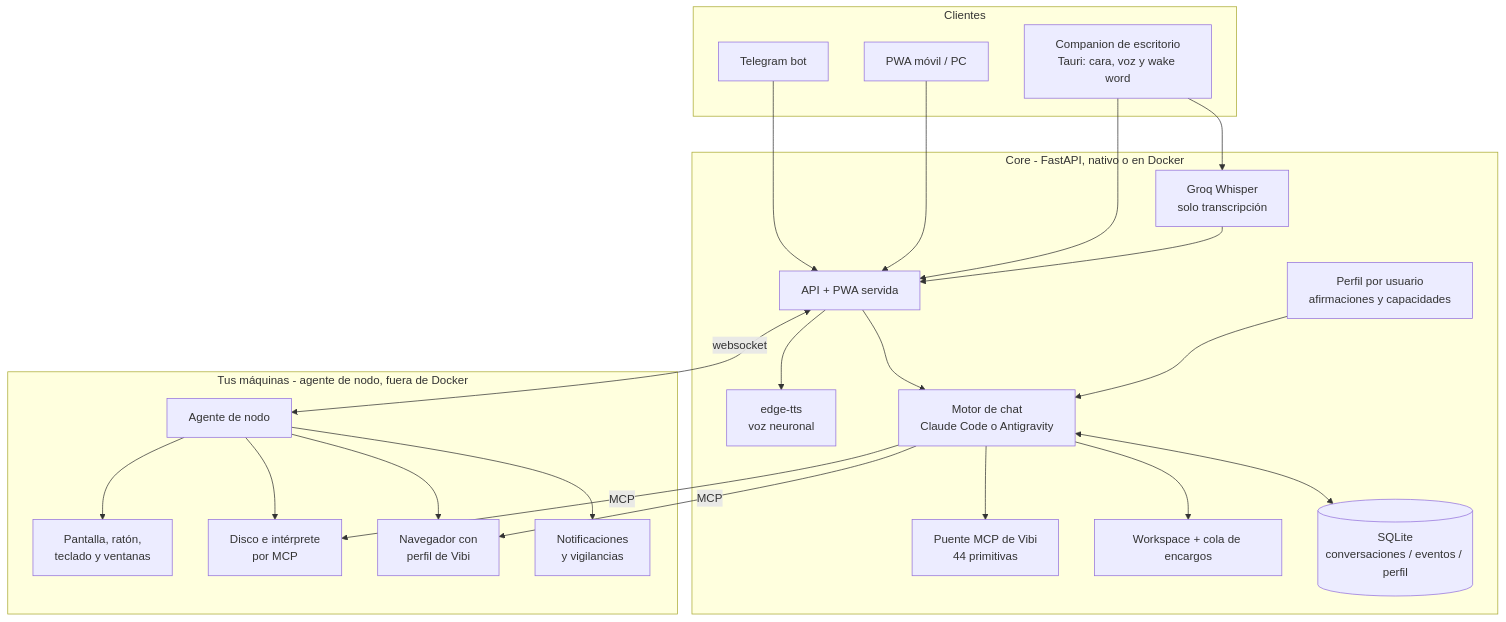
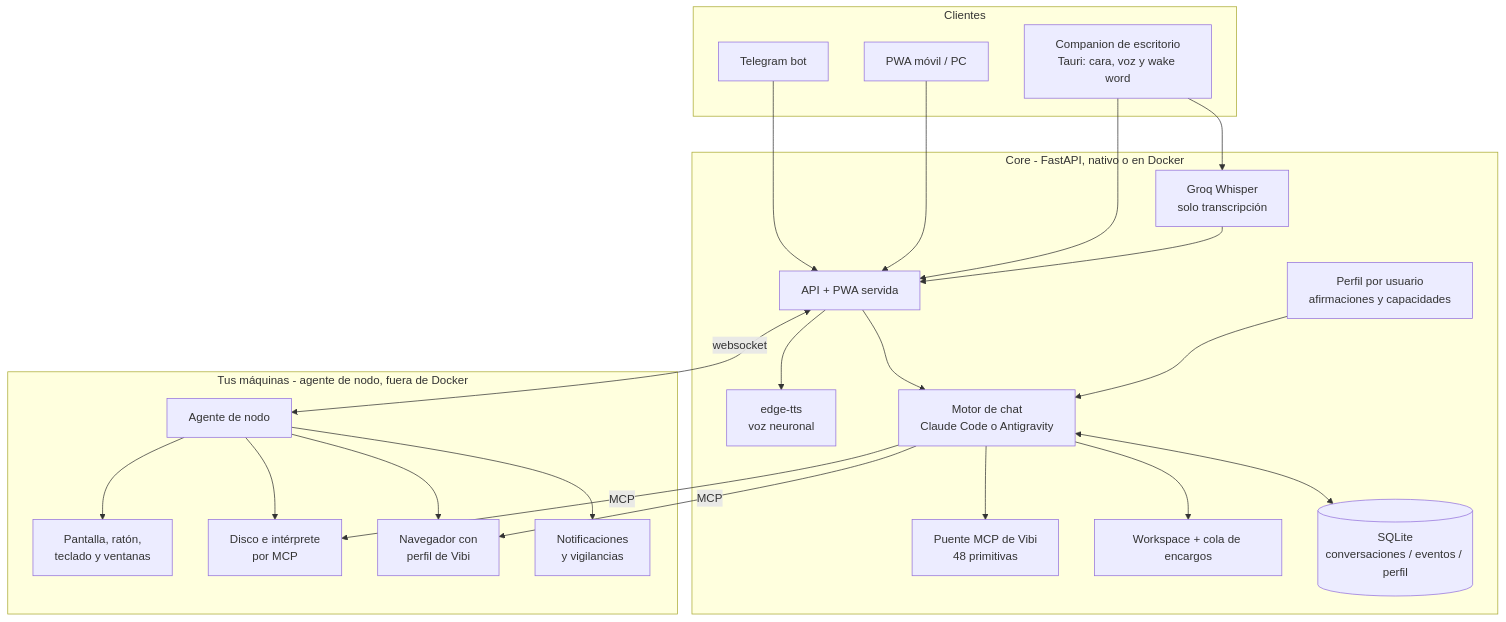
The diagram in README.md (RubenGGBC/vibi), drawn with Mermaid before and after one commit. The commit also changed other lines of this file and 1 other file, not shown here.

First line of the commit message:
fix: la guía en el catálogo de procedencia y el recuento de primitivas

````diff
--- a/README.md
+++ b/README.md
@@ -33,47 +33,47 @@
 ```mermaid
 flowchart TB
     subgraph clientes [Clientes]
         TG[Telegram bot]
         PWA[PWA móvil / PC]
         COMP[Companion de escritorio\nTauri: cara, voz y wake word]
     end
 
     subgraph core [Core - FastAPI, nativo o en Docker]
         API[API + PWA servida]
         STT[Groq Whisper\nsolo transcripción]
         TTS[edge-tts\nvoz neuronal]
         MOTOR[Motor de chat\nClaude Code o Antigravity]
-        MCP[Puente MCP de Vibi\n44 primitivas]
+        MCP[Puente MCP de Vibi\n48 primitivas]
         WS[Workspace + cola de encargos]
         PERF[Perfil por usuario\nafirmaciones y capacidades]
         DB[(SQLite\nconversaciones / eventos / perfil)]
     end
 
     subgraph maquinas [Tus máquinas - agente de nodo, fuera de Docker]
         NODO[Agente de nodo]
         PANTALLA[Pantalla, ratón,\nteclado y ventanas]
         DISCO[Disco e intérprete\npor MCP]
         NAV[Navegador con\nperfil de Vibi]
         AVISOS[Notificaciones\ny vigilancias]
     end
 
     TG --> API
     PWA --> API
     COMP --> API
     COMP --> STT
     API --> TTS
     STT --> API
     API --> MOTOR
     PERF --> MOTOR
     MOTOR --> MCP
     MOTOR --> WS
     MOTOR <--> DB
     API <-->|websocket| NODO
     MOTOR -->|MCP| DISCO
     MOTOR -->|MCP| NAV
     NODO --> PANTALLA
     NODO --> DISCO
     NODO --> NAV
     NODO --> AVISOS
     core --- DB
 ```
````
